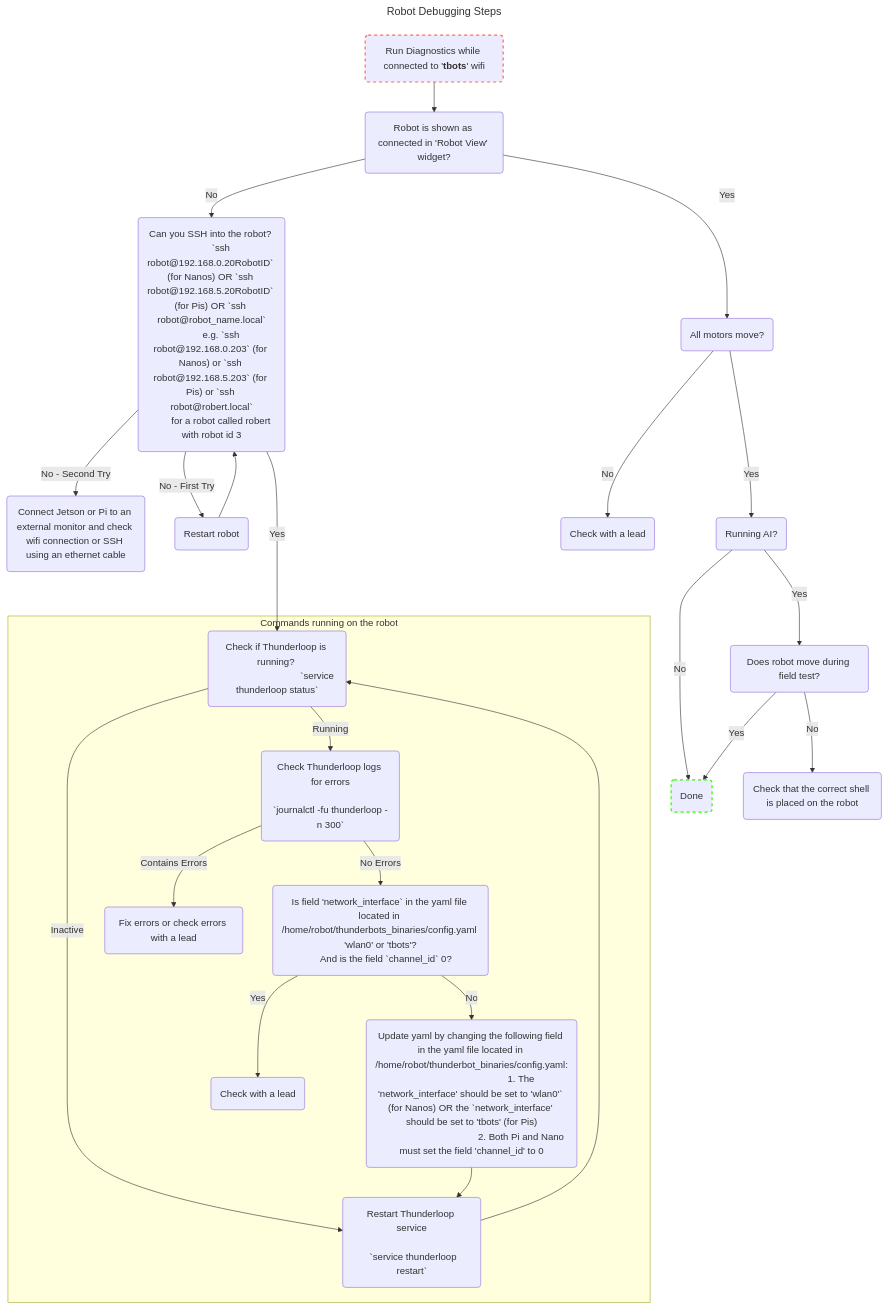
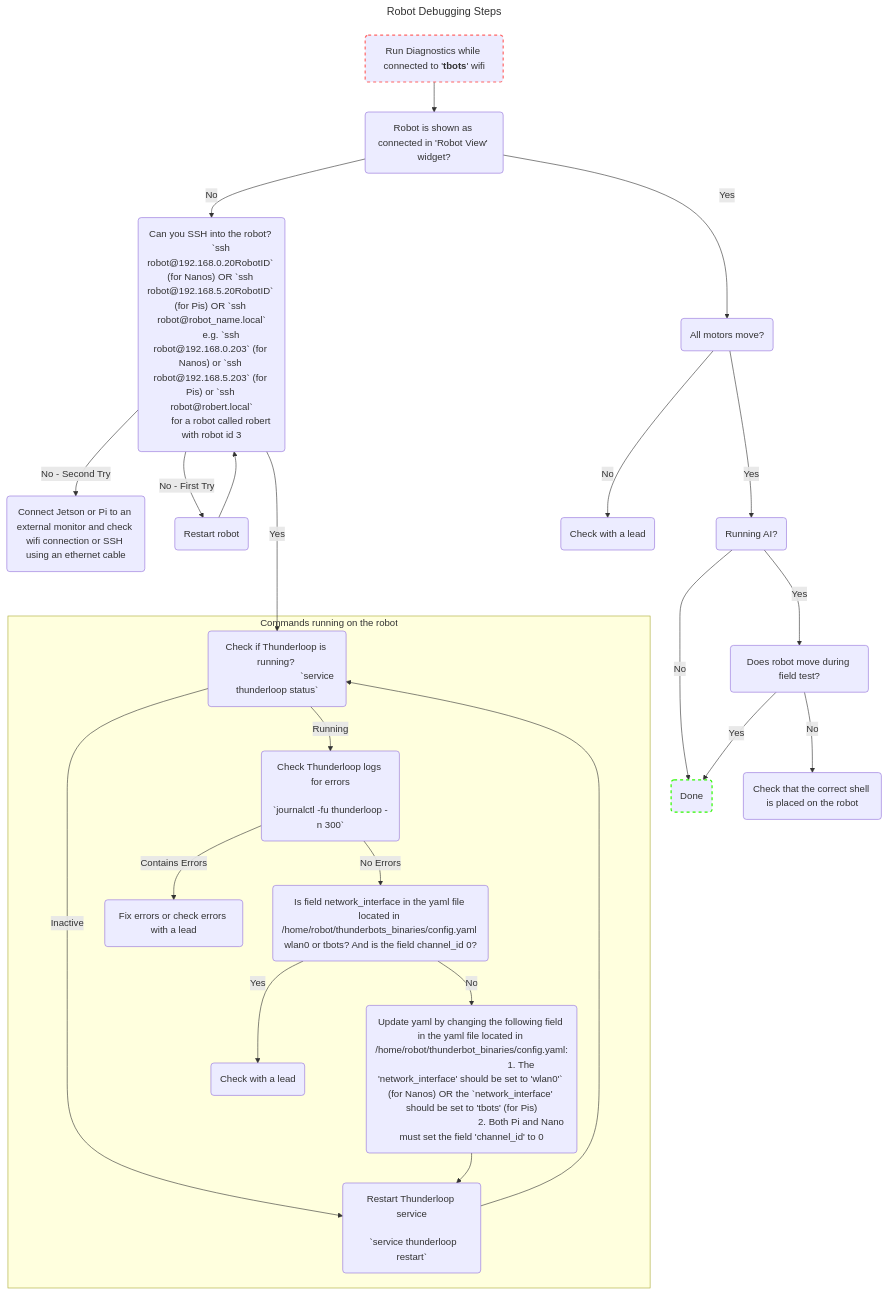
The diagram in docs/useful-robot-commands.md (UBC-Thunderbots/Software), drawn with Mermaid before and after one commit.

Commit message:
made some changes

````diff
--- a/docs/useful-robot-commands.md
+++ b/docs/useful-robot-commands.md
@@ -27,48 +27,47 @@
 ```mermaid
 ---
 title: Robot Debugging Steps
 ---
 flowchart TD
     ssh("Can you SSH into the robot? 
         `ssh robot@192.168.0.20RobotID` (for Nanos) OR `ssh robot@192.168.5.20RobotID` (for Pis) OR `ssh robot@robot_name.local`
         e.g. `ssh robot@192.168.0.203` (for Nanos) or `ssh robot@192.168.5.203` (for Pis) or `ssh robot@robert.local`
         for a robot called robert with robot id 3")
     ssh ---> |Yes| tloop_status
     ssh --> |No - Second Try| monitor("Connect Jetson or Pi to an external monitor and check wifi connection or SSH using an ethernet cable")
     ssh --> |No - First Try| restart(Restart robot)
     restart --> ssh
 
     diagnostics("`Run Diagnostics while connected to '**tbots**' wifi`") --> robot_view
     robot_view(Robot is shown as connected in 'Robot View' widget?) --> |Yes| check_motors(All motors move?)
     style diagnostics stroke:#f66,stroke-width:2px,stroke-dasharray: 5 5
 
     check_motors -->|Yes| field_test(Running AI?)
     field_test -->|No| done(Done)
     style done stroke:#30fa02,stroke-width:2px,stroke-dasharray: 5 5
     field_test -->|Yes| field_test_moves(Does robot move during field test?)
     field_test_moves --> |No| check_shell("`Check that the correct shell is placed on the robot`")
     check_shell
     field_test_moves --> |Yes| done
 
     robot_view --> |No| ssh
     check_motors -->|No| rip
     rip(Check with a lead)
                   
     subgraph ssh_graph [Commands running on the robot]
     tloop_status(Check if Thunderloop is running? 
                                `service thunderloop status`)
     tloop_status --> |Inactive| tloop_restart(Restart Thunderloop service
                                               `service thunderloop restart`)
     tloop_status --> |Running| tloop_logs(Check Thunderloop logs for errors
                                           `journalctl -fu thunderloop -n 300`)
-    tloop_logs --> |No Errors| check_yaml(Is field 'network_interface` in the yaml file located in /home/robot/thunderbots_binaries/config.yaml 'wlan0' or 'tbots'?
-    And is the field `channel_id` 0?)
+    tloop_logs --> |No Errors| check_yaml(Is field network_interface in the yaml file located in /home/robot/thunderbots_binaries/config.yaml wlan0 or tbots? And is the field channel_id 0?)
     tloop_logs --> |Contains Errors| rip2("Fix errors or check errors with a lead")
     check_yaml --> |No| update_yaml("Update yaml by changing the following field in the yaml file located in /home/robot/thunderbot_binaries/config.yaml:
                                       1. The 'network_interface' should be set to 'wlan0'` (for Nanos) OR the `network_interface' should be set to 'tbots' (for Pis)
                                       2. Both Pi and Nano must set the field 'channel_id' to 0")
     check_yaml --> |Yes| rip3(Check with a lead)
     update_yaml --> tloop_restart
     tloop_restart --> tloop_status
     end
 ```
````
